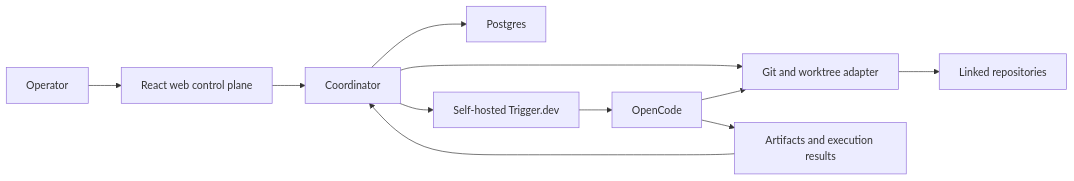
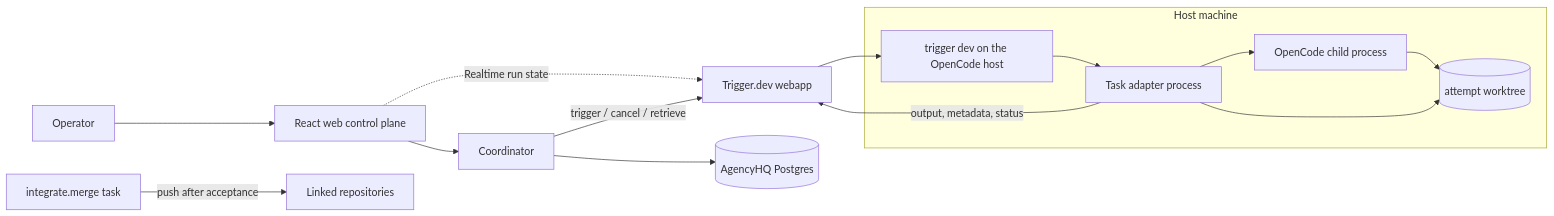
One commit to DecisionNerd/AgencyHQ changed the diagram in docs/engineering/ARCHITECTURE.md. Above: the diagram before and after it, drawn with Mermaid. The commit also changed other lines of this file and 26 other files, not shown here.

````diff
--- a/docs/engineering/ARCHITECTURE.md
+++ b/docs/engineering/ARCHITECTURE.md
@@ -10,13 +17,17 @@
 ```mermaid
 flowchart LR
     Operator --> Web[React web control plane]
     Web --> Coordinator
-    Coordinator --> Postgres
-    Coordinator --> Git[Git and worktree adapter]
-    Git --> Repositories[Linked repositories]
-    Coordinator --> Trigger[Self-hosted Trigger.dev]
-    Trigger --> OpenCode
-    OpenCode --> Git
-    OpenCode --> Results[Artifacts and execution results]
-    Results --> Coordinator
+    Web -. Realtime run state .-> TriggerAPI
+    Coordinator --> Postgres[(AgencyHQ Postgres)]
+    Coordinator -- trigger / cancel / retrieve --> TriggerAPI[Trigger.dev webapp]
+    TriggerAPI --> Dev[trigger dev on the OpenCode host]
+    subgraph Host machine
+      Dev --> Adapter[Task adapter process]
+      Adapter --> OpenCode[OpenCode child process]
+      OpenCode --> Worktree[(attempt worktree)]
+      Adapter --> Worktree
+    end
+    Adapter -- output, metadata, status --> TriggerAPI
+    Integrate[integrate.merge task] -- push after acceptance --> Repos[Linked repositories]
 ```
````
